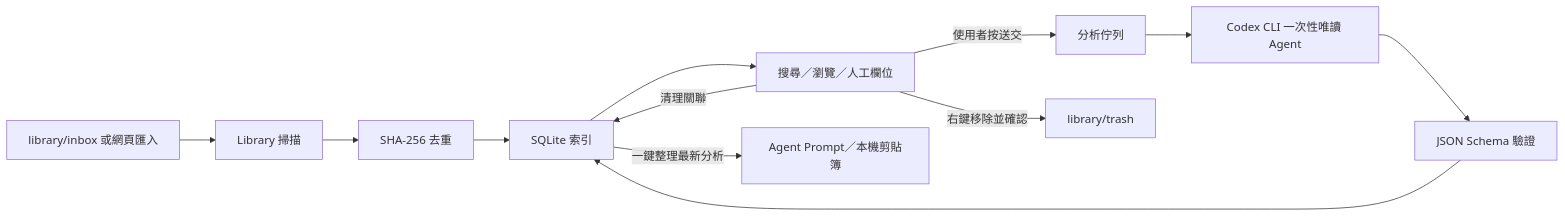
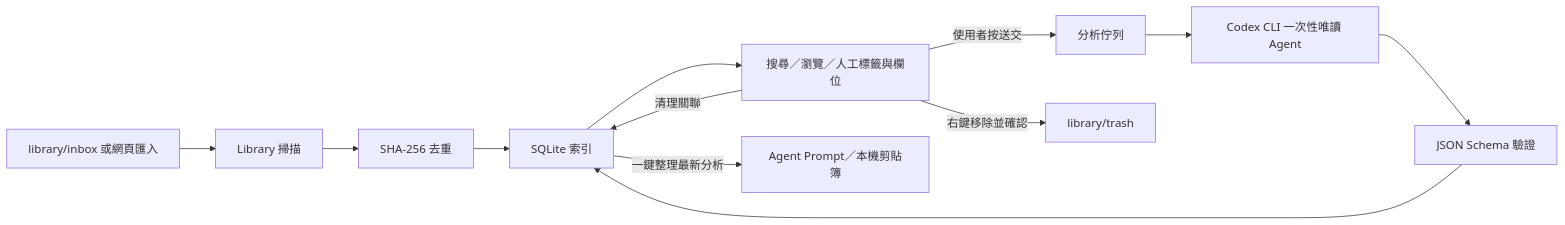
One commit to OllieHu12304/stylebase changed the diagram in docs/architecture.md. Above: the diagram before and after it, drawn with Mermaid. The commit also changed other lines of this file and 11 other files, not shown here.

````diff
--- a/docs/architecture.md
+++ b/docs/architecture.md
@@ -17,14 +17,14 @@
 ```mermaid
 flowchart LR
     A["library/inbox 或網頁匯入"] --> B["Library 掃描"]
     B --> C["SHA-256 去重"]
     C --> D["SQLite 索引"]
-    D --> E["搜尋／瀏覽／人工欄位"]
+    D --> E["搜尋／瀏覽／人工標籤與欄位"]
     E -->|使用者按送交| F["分析佇列"]
     F --> G["Codex CLI 一次性唯讀 Agent"]
     G --> H["JSON Schema 驗證"]
     H --> D
     E -->|右鍵移除並確認| I["library/trash"]
     E -->|清理關聯| D
     D -->|一鍵整理最新分析| J["Agent Prompt／本機剪貼簿"]
 ```
````
